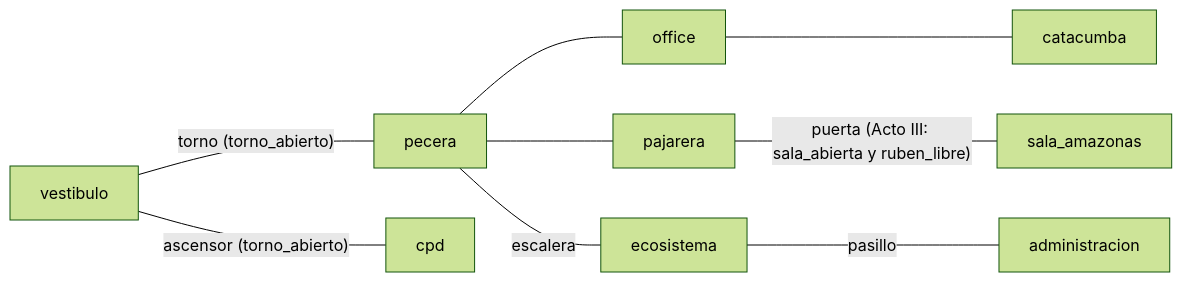
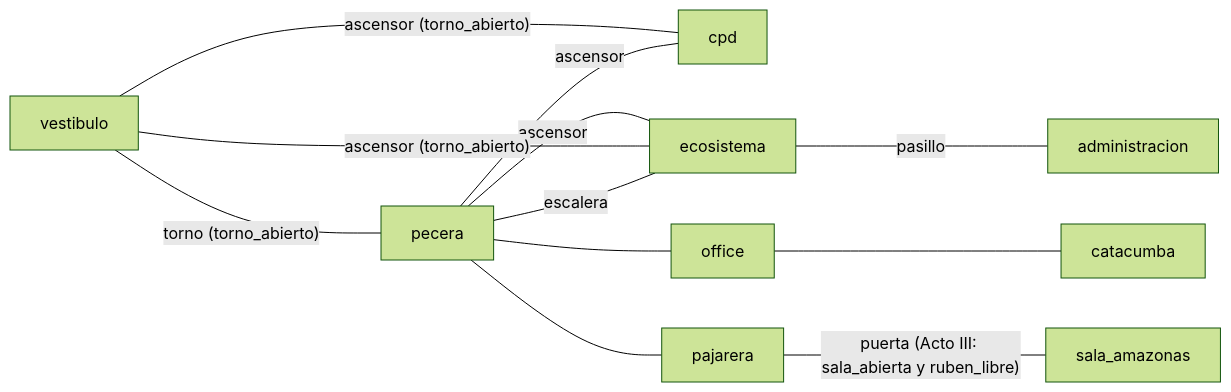
Before and after one commit to tridecoder/monkeyisland27: the first of 2 diagrams in docs/GUION_BIBLIA.md, drawn with Mermaid (forest theme). The commit also changed other lines of this file and 40 other files, not shown here.

````diff
--- a/docs/GUION_BIBLIA.md
+++ b/docs/GUION_BIBLIA.md
@@ -360,11 +361,14 @@
 ```mermaid
 flowchart LR
   vestibulo -- torno (torno_abierto) --- pecera
   vestibulo -- ascensor (torno_abierto) --- cpd
+  pecera -- ascensor --- cpd
+  pecera -- ascensor --- ecosistema
+  vestibulo -- ascensor (torno_abierto) --- ecosistema
   pecera --- office
   office --- catacumba
   pecera --- pajarera
   pajarera -- puerta (Acto III: sala_abierta y ruben_libre) --- sala_amazonas
   pecera -- escalera --- ecosistema
   ecosistema -- pasillo --- administracion
 ```
````
